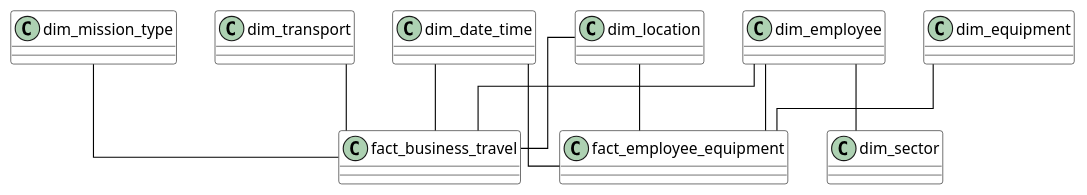
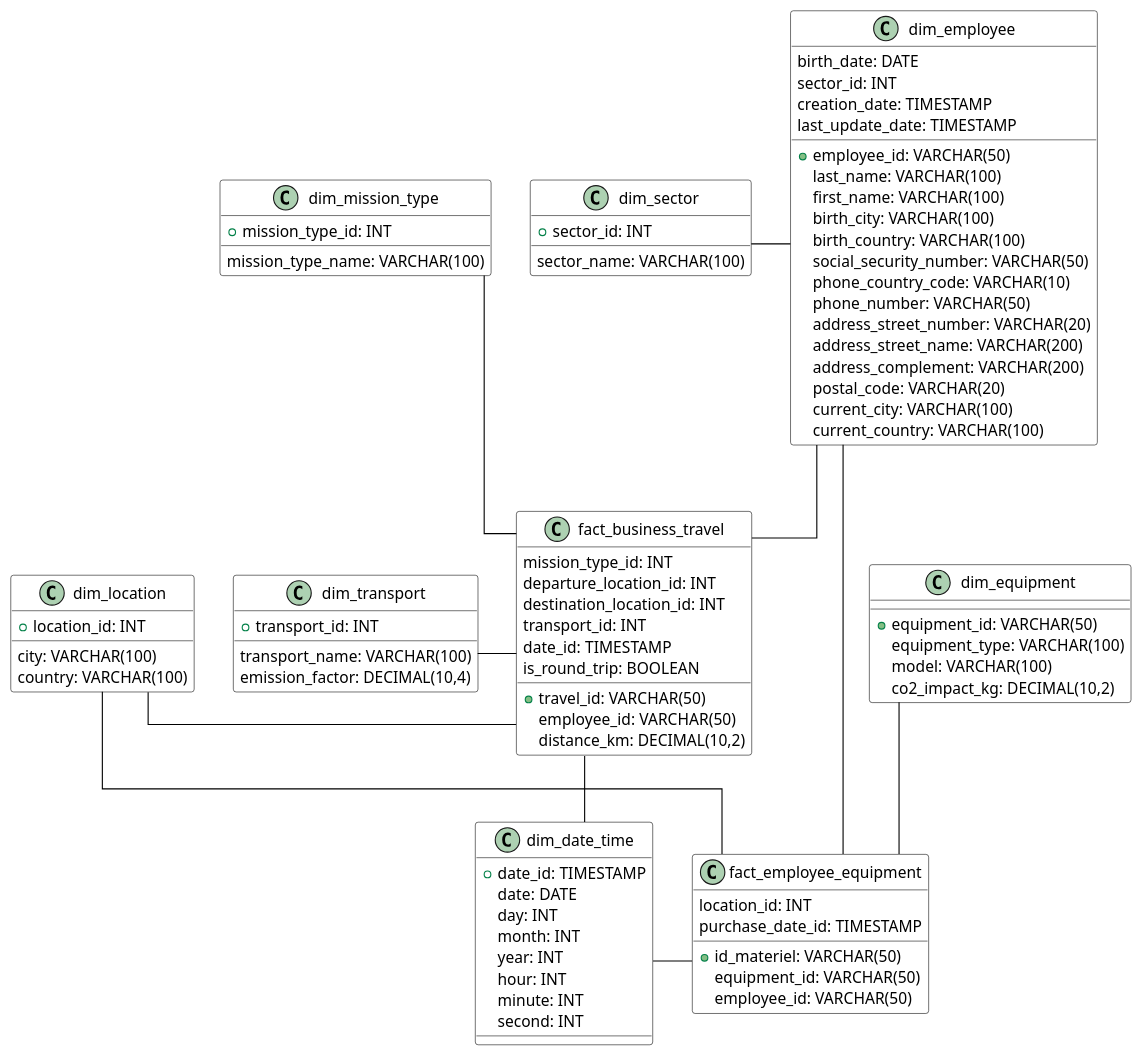
The diagram in db_schema.puml (paulcmt/BGES), drawn with PlantUML before and after one commit. The commit also changed 2 other files, not shown here.

Commit message:
implement date range filtering in dashboard and update database schema with detailed attributes for dimension and fact tables

```diff
--- a/db_schema.puml
+++ b/db_schema.puml
@@ -1,36 +1,116 @@
 @startuml Database Schema
 
 ' Set skin parameters for better visualization
 skinparam linetype ortho
 skinparam class {
     BackgroundColor White
     ArrowColor Black
     BorderColor Black
 }
 
-' Dimension Tables
-class "dim_mission_type" as mission_type
-class "dim_transport" as transport
-class "dim_date_time" as date_time
-class "dim_location" as location
-class "dim_sector" as sector
-class "dim_equipment" as equipment
-class "dim_employee" as employee
+' Top row - Dimension tables
+class "dim_sector" as sector {
+    + sector_id: INT
+    sector_name: VARCHAR(100)
+}
 
-' Fact Tables
-class "fact_business_travel" as business_travel
-class "fact_employee_equipment" as employee_equipment
+class "dim_employee" as employee {
+    + employee_id: VARCHAR(50)
+    last_name: VARCHAR(100)
+    first_name: VARCHAR(100)
+    birth_date: DATE
+    birth_city: VARCHAR(100)
+    birth_country: VARCHAR(100)
+    social_security_number: VARCHAR(50)
+    phone_country_code: VARCHAR(10)
+    phone_number: VARCHAR(50)
+    address_street_number: VARCHAR(20)
+    address_street_name: VARCHAR(200)
+    address_complement: VARCHAR(200)
+    postal_code: VARCHAR(20)
+    current_city: VARCHAR(100)
+    current_country: VARCHAR(100)
+    sector_id: INT
+    creation_date: TIMESTAMP
+    last_update_date: TIMESTAMP
+}
+
+class "dim_equipment" as equipment {
+    + equipment_id: VARCHAR(50)
+    equipment_type: VARCHAR(100)
+    model: VARCHAR(100)
+    co2_impact_kg: DECIMAL(10,2)
+}
+
+' Bottom row - Fact tables and dimensions
+class "dim_mission_type" as mission_type {
+    + mission_type_id: INT
+    mission_type_name: VARCHAR(100)
+}
+
+class "dim_transport" as transport {
+    + transport_id: INT
+    transport_name: VARCHAR(100)
+    emission_factor: DECIMAL(10,4)
+}
+
+class "fact_business_travel" as business_travel {
+    + travel_id: VARCHAR(50)
+    employee_id: VARCHAR(50)
+    mission_type_id: INT
+    departure_location_id: INT
+    destination_location_id: INT
+    transport_id: INT
+    date_id: TIMESTAMP
+    distance_km: DECIMAL(10,2)
+    is_round_trip: BOOLEAN
+}
+
+class "dim_location" as location {
+    + location_id: INT
+    city: VARCHAR(100)
+    country: VARCHAR(100)
+}
+
+class "dim_date_time" as date_time {
+    + date_id: TIMESTAMP
+    date: DATE
+    day: INT
+    month: INT
+    year: INT
+    hour: INT
+    minute: INT
+    second: INT
+}
+
+class "fact_employee_equipment" as employee_equipment {
+    + id_materiel: VARCHAR(50)
+    equipment_id: VARCHAR(50)
+    employee_id: VARCHAR(50)
+    location_id: INT
+    purchase_date_id: TIMESTAMP
+}
+
+' Layout
+sector -[hidden]right- employee
+employee -[hidden]right- equipment
+
+mission_type -[hidden]right- transport
+transport -[hidden]right- business_travel
+business_travel -[hidden]right- location
+location -[hidden]right- date_time
+date_time -[hidden]right- employee_equipment
 
 ' Relationships
 employee -- business_travel
 employee -- employee_equipment
 employee -- sector
 mission_type -- business_travel
 transport -- business_travel
 date_time -- business_travel
 location -- business_travel
 location -- employee_equipment
 equipment -- employee_equipment
 date_time -- employee_equipment
 
 @enduml 
```
